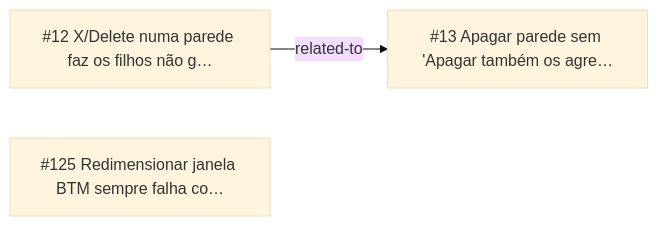
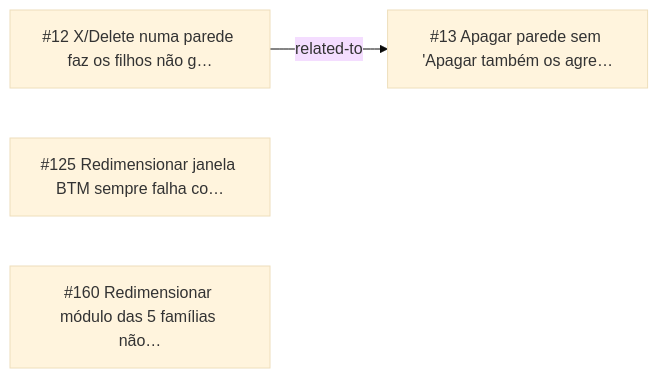
The diagram in _reversa_bugs/selection/generated/graph.md (CAFFDIGITALPLATFORM/caffmob_draw), drawn with Mermaid (base theme) before and after one commit. The commit also changed other lines of this file and 218 other files, not shown here.

````diff
--- a/_reversa_bugs/selection/generated/graph.md
+++ b/_reversa_bugs/selection/generated/graph.md
@@ -5,7 +5,8 @@
 ```mermaid
 graph LR
   BUG_20261011_7DHT["#12 X/Delete numa parede faz os filhos não g…"]
   BUG_20261011_TUWO["#13 Apagar parede sem 'Apagar também os agre…"]
   BUG_20261011_CHWX["#125 Redimensionar janela BTM sempre falha co…"]
+  BUG_20261124_2C8T["#160 Redimensionar módulo das 5 famílias não…"]
   BUG_20261011_7DHT -->|related-to| BUG_20261011_TUWO
 ```
````
